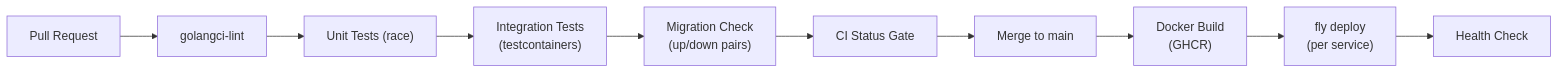
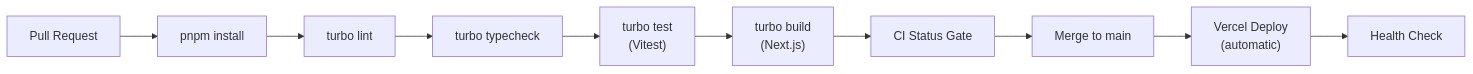
Before and after one commit to stalela/stalela-docs: the fourth of 4 diagrams in docs/60-infra/free-stack.md, drawn with Mermaid. The commit also changed other lines of this file, not shown here.

First line of the commit message:
docs(ts-migration): TS-055 update free-stack for TS/Vercel

````diff
--- a/docs/60-infra/free-stack.md
+++ b/docs/60-infra/free-stack.md
@@ -271,12 +270,12 @@
 ```mermaid
 graph LR
-    PR["Pull Request"] --> LINT["golangci-lint"]
-    LINT --> TEST["Unit Tests (race)"]
-    TEST --> INTEG["Integration Tests<br/>(testcontainers)"]
-    INTEG --> MIG["Migration Check<br/>(up/down pairs)"]
-    MIG --> GATE["CI Status Gate"]
+    PR["Pull Request"] --> INSTALL["pnpm install"]
+    INSTALL --> LINT["turbo lint"]
+    LINT --> TYPE["turbo typecheck"]
+    TYPE --> TEST["turbo test<br/>(Vitest)"]
+    TEST --> BUILD["turbo build<br/>(Next.js)"]
+    BUILD --> GATE["CI Status Gate"]
     GATE --> MERGE["Merge to main"]
-    MERGE --> BUILD["Docker Build<br/>(GHCR)"]
-    BUILD --> DEPLOY["fly deploy<br/>(per service)"]
-    DEPLOY --> SMOKE["Health Check"]
+    MERGE --> VERCEL["Vercel Deploy<br/>(automatic)"]
+    VERCEL --> SMOKE["Health Check"]
 ```
````
